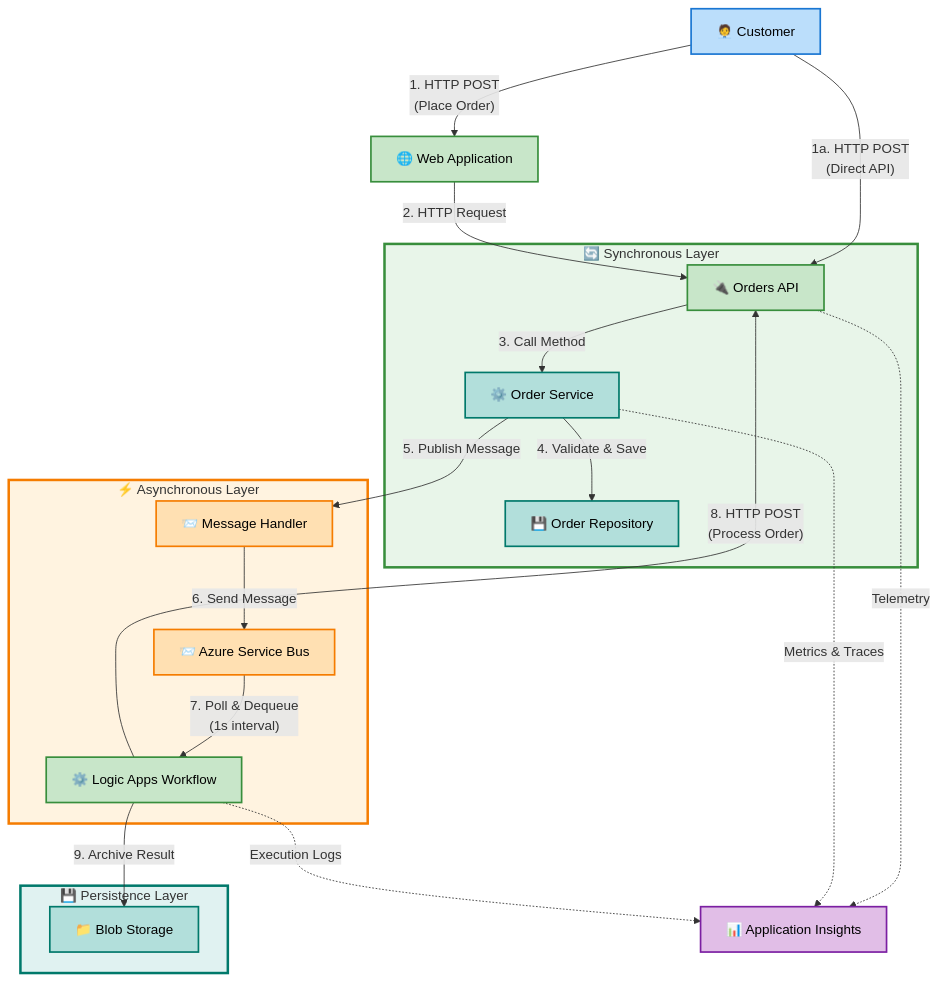
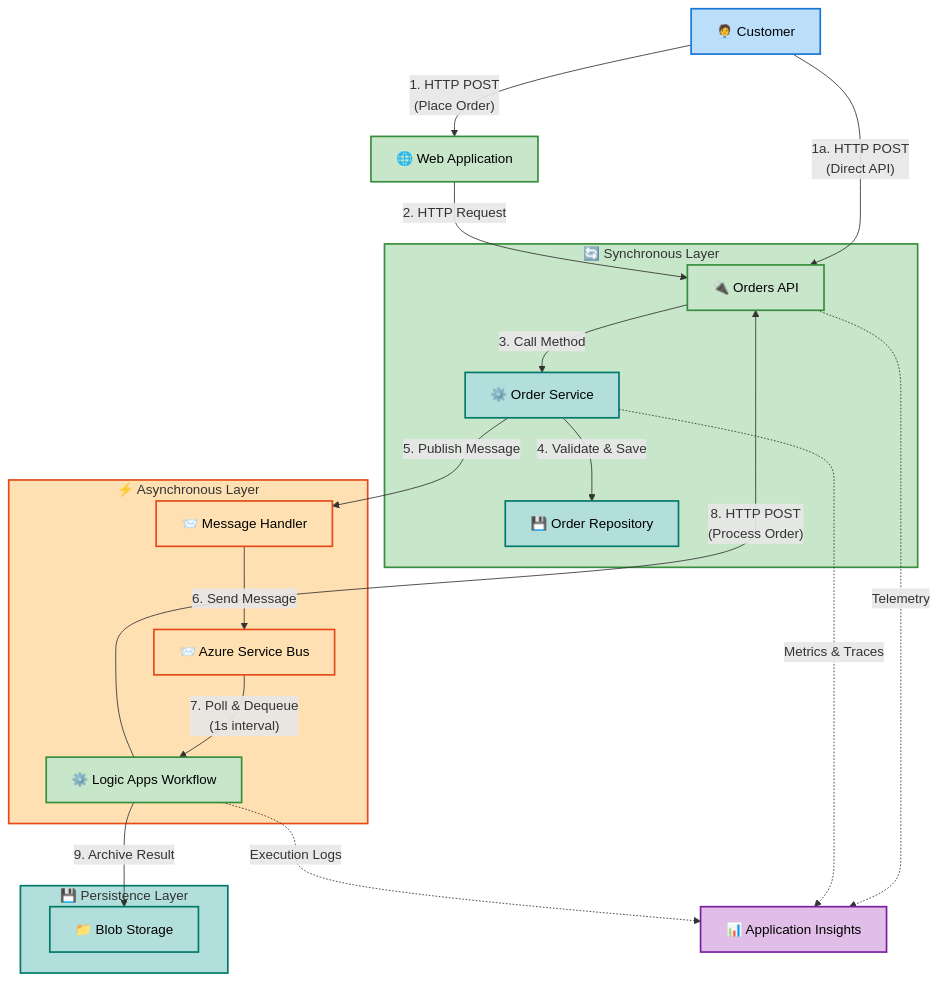
One commit to Evilazaro/Azure-LogicApps-Monitoring changed the fourth of 6 diagrams in docs/architecture/business-architecture.md. Above: the diagram before and after it, drawn with Mermaid. The commit also changed other lines of this file and 1 other file, not shown here.

Commit message:
docs: enhance color scheme documentation and accessibility features in data architecture diagrams

````diff
--- a/docs/architecture/business-architecture.md
+++ b/docs/architecture/business-architecture.md
@@ -936,60 +992,77 @@
 ```mermaid
 flowchart TB
     accTitle: Business Service Interaction Architecture
     accDescr: Shows synchronous and asynchronous interaction patterns between business services with integration layers
 
+    %% ============================================
+    %% STANDARD COLOR SCHEME v2.1
+    %% ============================================
+    classDef level1Group fill:#E8EAF6,stroke:#3F51B5,stroke-width:3px,color:#000
+    classDef level2Group fill:#C5CAE9,stroke:#3F51B5,stroke-width:2px,color:#000
+    classDef level3Group fill:#9FA8DA,stroke:#3F51B5,stroke-width:2px,color:#000
+    classDef level4Group fill:#7986CB,stroke:#3F51B5,stroke-width:1px,color:#000
+    classDef mainGroup fill:#E8EAF6,stroke:#3F51B5,stroke-width:3px,color:#000
+    classDef subGroup fill:#C5CAE9,stroke:#3F51B5,stroke-width:2px,color:#000
     classDef mdBlue fill:#BBDEFB,stroke:#1976D2,stroke-width:2px,color:#000
     classDef mdGreen fill:#C8E6C9,stroke:#388E3C,stroke-width:2px,color:#000
-    classDef mdOrange fill:#FFE0B2,stroke:#F57C00,stroke-width:2px,color:#000
+    classDef mdYellow fill:#FFF9C4,stroke:#F57F17,stroke-width:2px,color:#000
+    classDef mdRed fill:#FFCDD2,stroke:#D32F2F,stroke-width:2px,color:#000
+    classDef mdOrange fill:#FFE0B2,stroke:#E64A19,stroke-width:2px,color:#000
+    classDef mdPurple fill:#E1BEE7,stroke:#7B1FA2,stroke-width:2px,color:#000
     classDef mdTeal fill:#B2DFDB,stroke:#00796B,stroke-width:2px,color:#000
-    classDef mdPurple fill:#E1BEE7,stroke:#7B1FA2,stroke-width:2px,color:#000
+    classDef mdGrey fill:#F5F5F5,stroke:#616161,stroke-width:2px,color:#000
 
     customer["🧑‍💼 Customer"]:::mdBlue
     webapp["🌐 Web Application"]:::mdGreen
     ordersapi["🔌 Orders API"]:::mdGreen
     orderservice["⚙️ Order Service"]:::mdTeal
     messagehandler["📨 Message Handler"]:::mdOrange
     repository["💾 Order Repository"]:::mdTeal
     servicebus["📨 Azure Service Bus"]:::mdOrange
     logicapps["⚙️ Logic Apps Workflow"]:::mdGreen
     storage["📁 Blob Storage"]:::mdTeal
     monitoring["📊 Application Insights"]:::mdPurple
 
     customer -->|"1. HTTP POST<br/>(Place Order)"| webapp
     customer -->|"1a. HTTP POST<br/>(Direct API)"| ordersapi
 
     webapp -->|"2. HTTP Request"| ordersapi
     ordersapi -->|"3. Call Method"| orderservice
     orderservice -->|"4. Validate & Save"| repository
     orderservice -->|"5. Publish Message"| messagehandler
     messagehandler -->|"6. Send Message"| servicebus
 
     servicebus -->|"7. Poll & Dequeue<br/>(1s interval)"| logicapps
     logicapps -->|"8. HTTP POST<br/>(Process Order)"| ordersapi
     logicapps -->|"9. Archive Result"| storage
 
     ordersapi -.->|"Telemetry"| monitoring
     orderservice -.->|"Metrics & Traces"| monitoring
     logicapps -.->|"Execution Logs"| monitoring
 
     subgraph sync["🔄 Synchronous Layer"]
         ordersapi
         orderservice
         repository
     end
 
     subgraph async["⚡ Asynchronous Layer"]
         messagehandler
         servicebus
         logicapps
     end
 
     subgraph persistence["💾 Persistence Layer"]
         repository
         storage
     end
 
-    style sync fill:#E8F5E9,stroke:#388E3C,stroke-width:3px
-    style async fill:#FFF3E0,stroke:#F57C00,stroke-width:3px
-    style persistence fill:#E0F2F1,stroke:#00796B,stroke-width:3px
+    %% ============================================
+    %% SUBGRAPH STYLING (3 subgraphs = 3 style directives)
+    %% ============================================
+    style sync fill:#C8E6C9,stroke:#388E3C,stroke-width:2px
+    style async fill:#FFE0B2,stroke:#E64A19,stroke-width:2px
+    style persistence fill:#B2DFDB,stroke:#00796B,stroke-width:2px
+
+    %% Accessibility: WCAG AA verified (4.5:1 contrast ratio)
 ```
````
